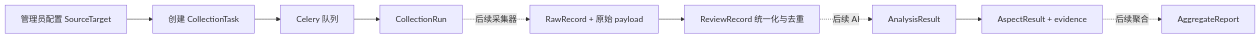
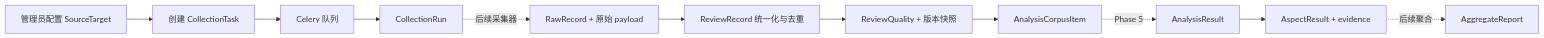
Before and after one commit to yunfei00/phone-voice-insight: the second of 2 diagrams in docs/architecture.md, drawn with Mermaid. The commit also changed other lines of this file and 48 other files, not shown here.

````diff
--- a/docs/architecture.md
+++ b/docs/architecture.md
@@ -53,11 +57,13 @@
 ```mermaid
 flowchart LR
     T["管理员配置 SourceTarget"] --> CT["创建 CollectionTask"]
     CT --> CQ["Celery 队列"]
     CQ --> CR["CollectionRun"]
     CR -. "后续采集器" .-> RAW["RawRecord + 原始 payload"]
     RAW --> NR["ReviewRecord 统一化与去重"]
-    NR -. "后续 AI" .-> AR["AnalysisResult"]
+    NR --> Q["ReviewQuality + 版本快照"]
+    Q --> CORPUS["AnalysisCorpusItem"]
+    CORPUS -. "Phase 5" .-> AR["AnalysisResult"]
     AR --> ASP["AspectResult + evidence"]
     ASP -. "后续聚合" .-> REP["AggregateReport"]
 ```
````
